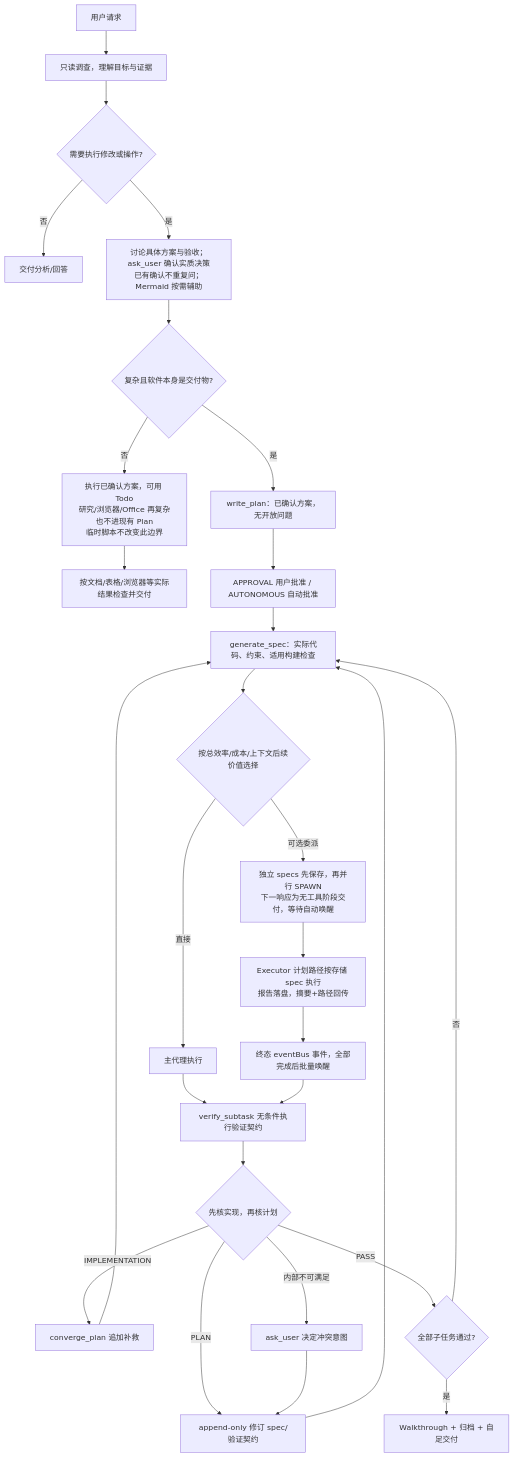
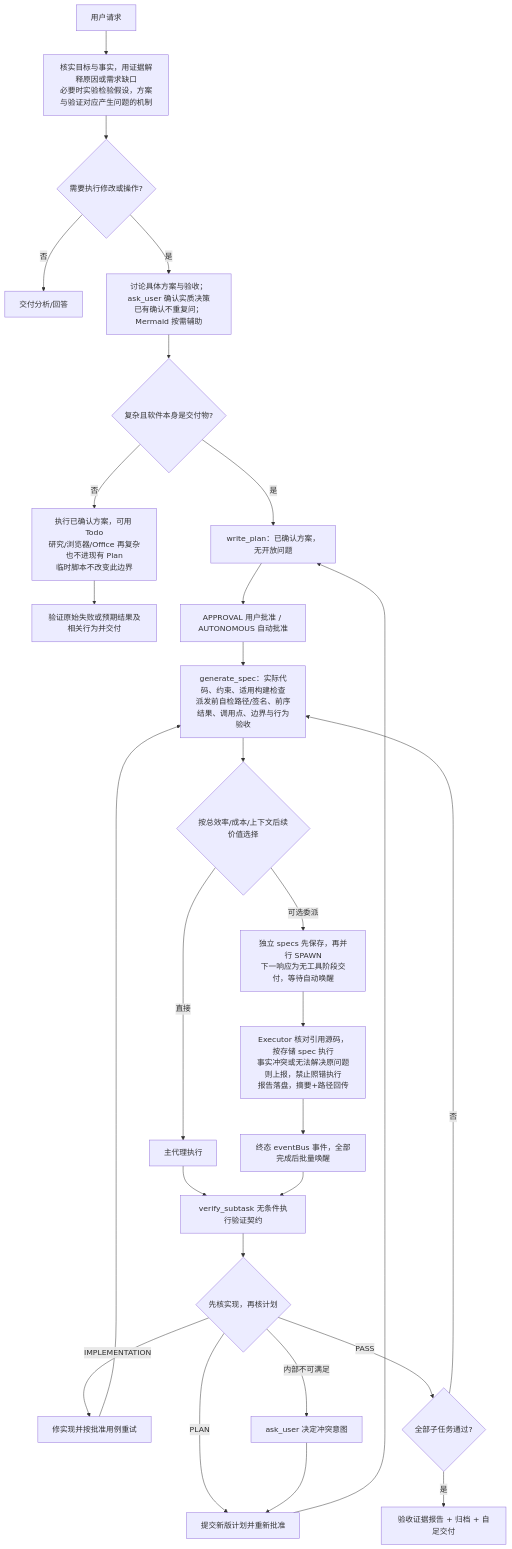
The ninth of 47 diagrams in docs/architecture/04-flows.md (lzdev42/mederi), drawn with Mermaid before and after one commit. The commit also changed other lines of this file and 391 other files, not shown here.

````diff
--- a/docs/architecture/04-flows.md
+++ b/docs/architecture/04-flows.md
@@ -223,31 +291,31 @@
 ```mermaid
 flowchart TD
-    U["用户请求"] --> R["只读调查，理解目标与证据"]
+    U["用户请求"] --> R["核实目标与事实，用证据解释原因或需求缺口<br/>必要时实验检验假设，方案与验证对应产生问题的机制"]
     R --> Q{"需要执行修改或操作?"}
     Q -- "否" --> ANSWER["交付分析/回答"]
     Q -- "是" --> DISCUSS["讨论具体方案与验收；ask_user 确认实质决策<br/>已有确认不重复问；Mermaid 按需辅助"]
     DISCUSS --> KIND{"复杂且软件本身是交付物?"}
     KIND -- "否" --> GENERAL["执行已确认方案，可用 Todo<br/>研究/浏览器/Office 再复杂也不进现有 Plan<br/>临时脚本不改变此边界"]
-    GENERAL --> CHECK["按文档/表格/浏览器等实际结果检查并交付"]
+    GENERAL --> CHECK["验证原始失败或预期结果及相关行为并交付"]
     KIND -- "是" --> PLAN["write_plan：已确认方案，无开放问题"]
     PLAN --> APPROVAL["APPROVAL 用户批准 / AUTONOMOUS 自动批准"]
-    APPROVAL --> SPEC["generate_spec：实际代码、约束、适用构建检查"]
+    APPROVAL --> SPEC["generate_spec：实际代码、约束、适用构建检查<br/>派发前自检路径/签名、前序结果、调用点、边界与行为验收"]
     SPEC --> CHOOSE{"按总效率/成本/上下文后续价值选择"}
     CHOOSE -- "直接" --> DIRECT["主代理执行"]
     CHOOSE -- "可选委派" --> SPAWN["独立 specs 先保存，再并行 SPAWN<br/>下一响应为无工具阶段交付，等待自动唤醒"]
-    SPAWN --> SUB["Executor 计划路径按存储 spec 执行<br/>报告落盘，摘要+路径回传"]
+    SPAWN --> SUB["Executor 核对引用源码，按存储 spec 执行<br/>事实冲突或无法解决原问题则上报，禁止照错执行<br/>报告落盘，摘要+路径回传"]
     SUB --> WAKE["终态 eventBus 事件，全部完成后批量唤醒"]
     DIRECT --> VER["verify_subtask 无条件执行验证契约"]
     WAKE --> VER
     VER --> RESULT{"先核实现，再核计划"}
-    RESULT -- "IMPLEMENTATION" --> REMEDY["converge_plan 追加补救"]
-    RESULT -- "PLAN" --> AMEND["append-only 修订 spec/验证契约"]
+    RESULT -- "IMPLEMENTATION" --> REMEDY["修实现并按批准用例重试"]
+    RESULT -- "PLAN" --> AMEND["提交新版计划并重新批准"]
     REMEDY --> SPEC
-    AMEND --> SPEC
+    AMEND --> PLAN
     RESULT -- "内部不可满足" --> ASK["ask_user 决定冲突意图"]
     ASK --> AMEND
     RESULT -- "PASS" --> NEXT{"全部子任务通过?"}
     NEXT -- "否" --> SPEC
-    NEXT -- "是" --> ARCH["Walkthrough + 归档 + 自足交付"]
+    NEXT -- "是" --> ARCH["验收证据报告 + 归档 + 自足交付"]
 
 ```
````
